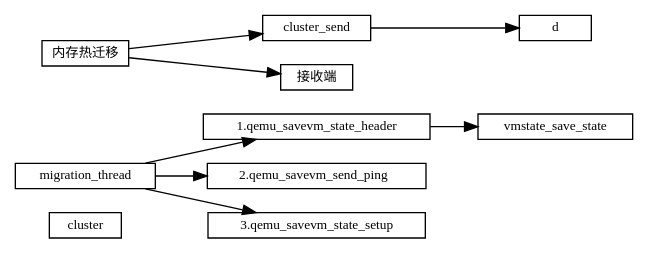
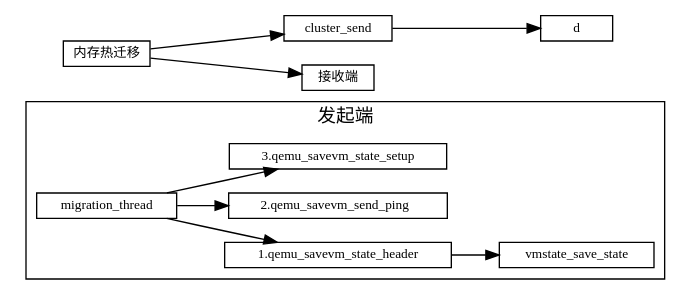
One commit to sisyphus1212/note changed the diagram in 虚拟化/热迁移/1-内存热迁移.md. Above: the diagram before and after it, drawn with Graphviz.

Commit message:
auto_update

````diff
--- a/虚拟化/热迁移/1-内存热迁移.md
+++ b/虚拟化/热迁移/1-内存热迁移.md
@@ -11,25 +11,25 @@
 ```graphviz
 digraph 热迁移 {
 fontname="Helvetica,Arial,sans-serif"
 //node [fontname="Helvetica,Arial,sans-serif"]
 //edge [fontname="Helvetica,Arial,sans-serif"]
 rankdir="LR"
 node [fontsize=10, shape=box, height=0.25]
 edge [fontsize=10]
 
   subgraph send {
-    cluster
+    cluster=true
     label="发起端";
     migration_thread -> "1.qemu_savevm_state_header" -> vmstate_save_state;
     migration_thread -> "2.qemu_savevm_send_ping  ";
     migration_thread -> "3.qemu_savevm_state_setup";
 
   }
 
 内存热迁移 [label="内存热迁移"]
 内存热迁移 -> cluster_send
            -> d
 
 内存热迁移 -> 接收端
 }
 ```
````
